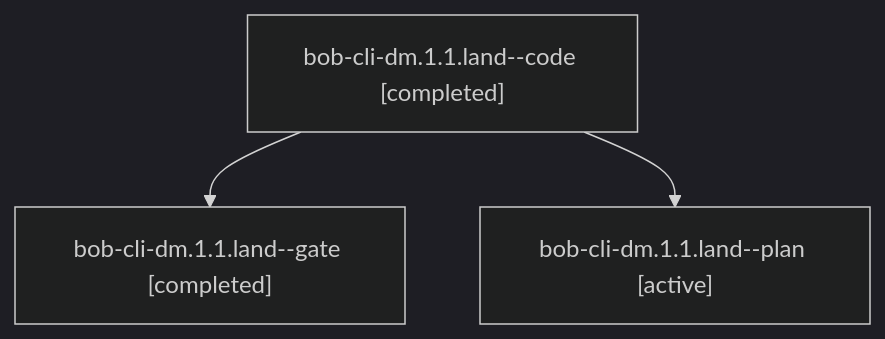
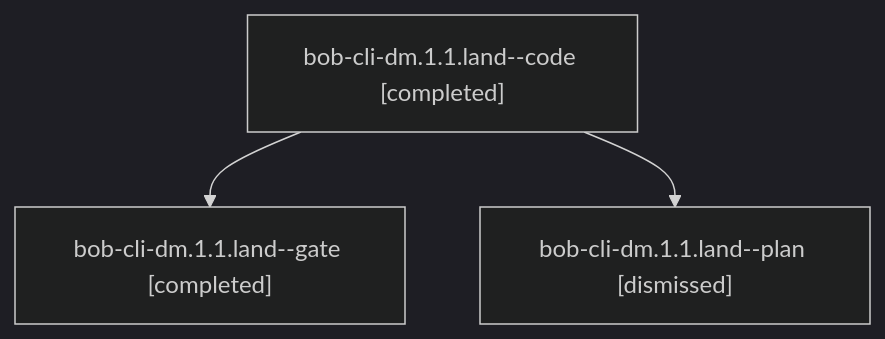
The diagram in sessions/bbugyi200.apollo.bob-cli-dm.1.1.land.md (bobs-org/bob-cli--agents), drawn with Mermaid (dark theme) before and after one commit. The commit also changed other lines of this file and 222 other files, not shown here.

````diff
--- a/sessions/bbugyi200.apollo.bob-cli-dm.1.1.land.md
+++ b/sessions/bbugyi200.apollo.bob-cli-dm.1.1.land.md
@@ -9,8 +9,8 @@
 ```mermaid
 flowchart TD
   n0["bob-cli-dm.1.1.land--code [completed]"]
   n1["bob-cli-dm.1.1.land--gate [completed]"]
   n0 --> n1
-  n2["bob-cli-dm.1.1.land--plan [active]"]
+  n2["bob-cli-dm.1.1.land--plan [dismissed]"]
   n0 --> n2
 ```
````
